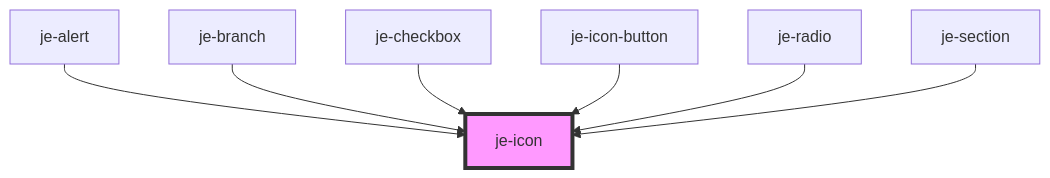
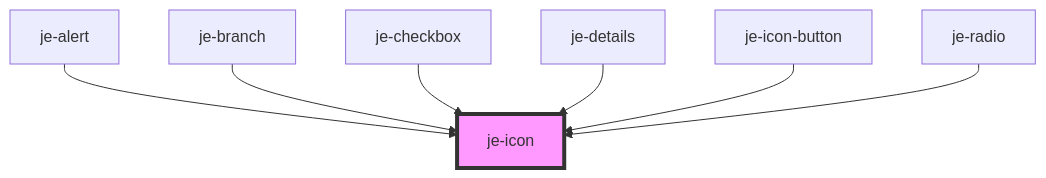
Before and after one commit to pgreen00/jebamo: the diagram in packages/docs/docs/components/je-icon/readme.md, drawn with Mermaid. The commit also changed other lines of this file and 39 other files, not shown here.

````diff
--- a/packages/docs/docs/components/je-icon/readme.md
+++ b/packages/docs/docs/components/je-icon/readme.md
@@ -30,10 +30,10 @@
 ```mermaid
 graph TD;
   je-alert --> je-icon
   je-branch --> je-icon
   je-checkbox --> je-icon
+  je-details --> je-icon
   je-icon-button --> je-icon
   je-radio --> je-icon
-  je-section --> je-icon
   style je-icon fill:#f9f,stroke:#333,stroke-width:4px
 ```
````
